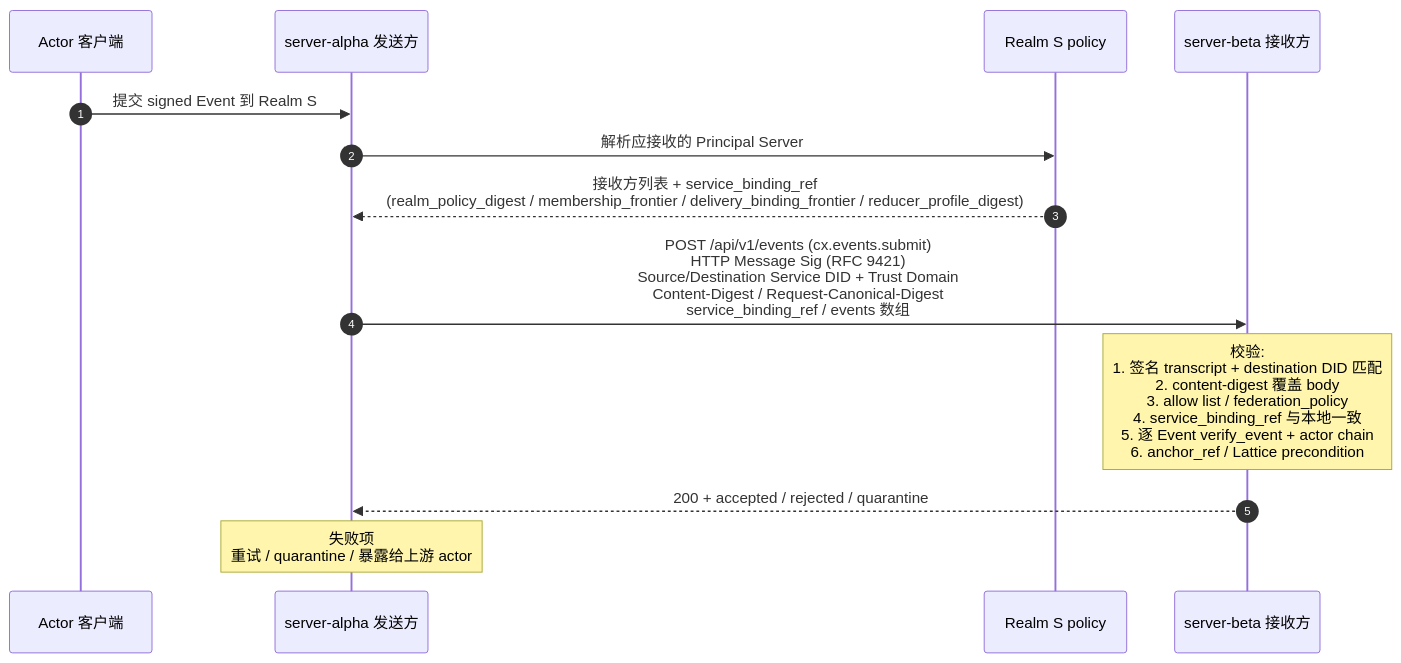
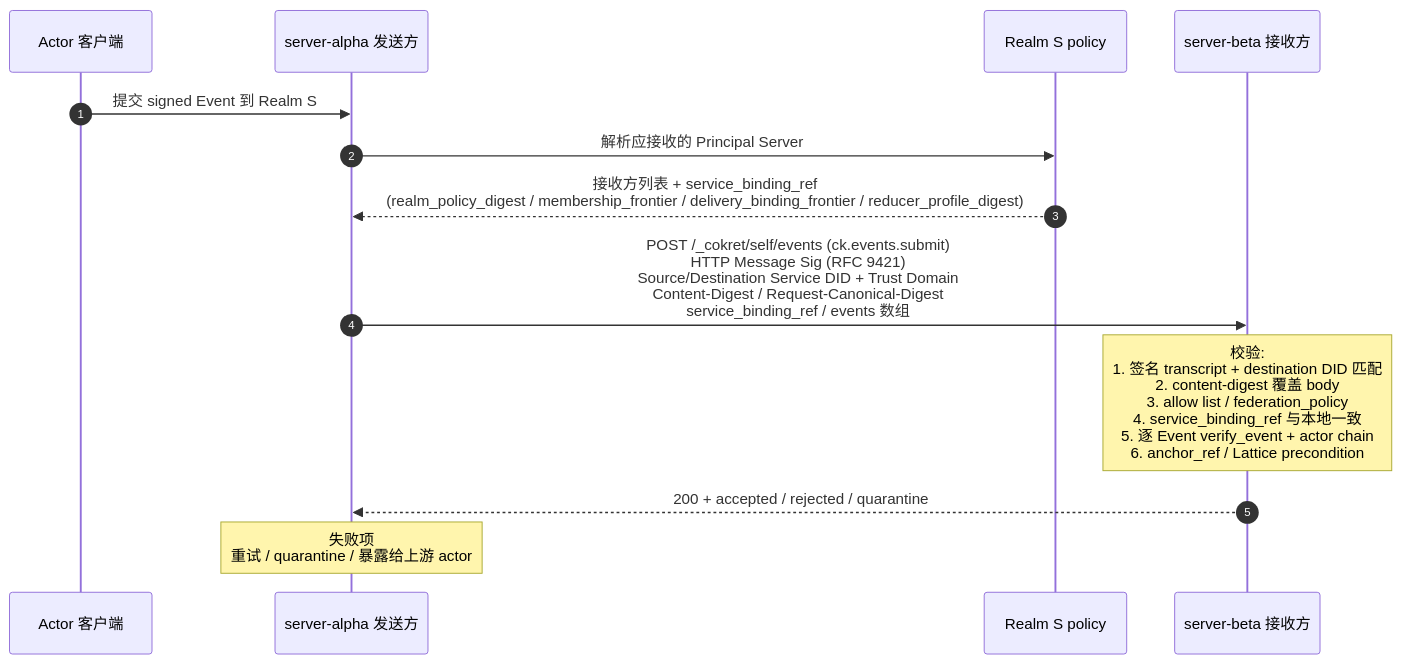
The diagram in spec/v1/zh/sync/federation.md (arkret-org/arkret-spec), drawn with Mermaid before and after one commit. The commit also changed other lines of this file and 197 other files, not shown here.

````diff
--- a/spec/v1/zh/sync/federation.md
+++ b/spec/v1/zh/sync/federation.md
@@ -322,16 +322,16 @@
 ```mermaid
 sequenceDiagram
     autonumber
     participant Cli as Actor 客户端
     participant Alpha as server-alpha 发送方
     participant Pol as Realm S policy
     participant Beta as server-beta 接收方
 
     Cli->>Alpha: 提交 signed Event 到 Realm S
     Alpha->>Pol: 解析应接收的 Principal Server
     Pol-->>Alpha: 接收方列表 + service_binding_ref<br>(realm_policy_digest / membership_frontier / delivery_binding_frontier / reducer_profile_digest)
-    Alpha->>Beta: POST /api/v1/events (cx.events.submit)<br>HTTP Message Sig (RFC 9421)<br>Source/Destination Service DID + Trust Domain<br>Content-Digest / Request-Canonical-Digest<br>service_binding_ref / events 数组
+    Alpha->>Beta: POST /_cokret/self/events (ck.events.submit)<br>HTTP Message Sig (RFC 9421)<br>Source/Destination Service DID + Trust Domain<br>Content-Digest / Request-Canonical-Digest<br>service_binding_ref / events 数组
     note over Beta: 校验:<br>1. 签名 transcript + destination DID 匹配<br>2. content-digest 覆盖 body<br>3. allow list / federation_policy<br>4. service_binding_ref 与本地一致<br>5. 逐 Event verify_event + actor chain<br>6. anchor_ref / Lattice precondition
     Beta-->>Alpha: 200 + accepted / rejected / quarantine
     note over Alpha: 失败项<br>重试 / quarantine / 暴露给上游 actor
 ```
````
